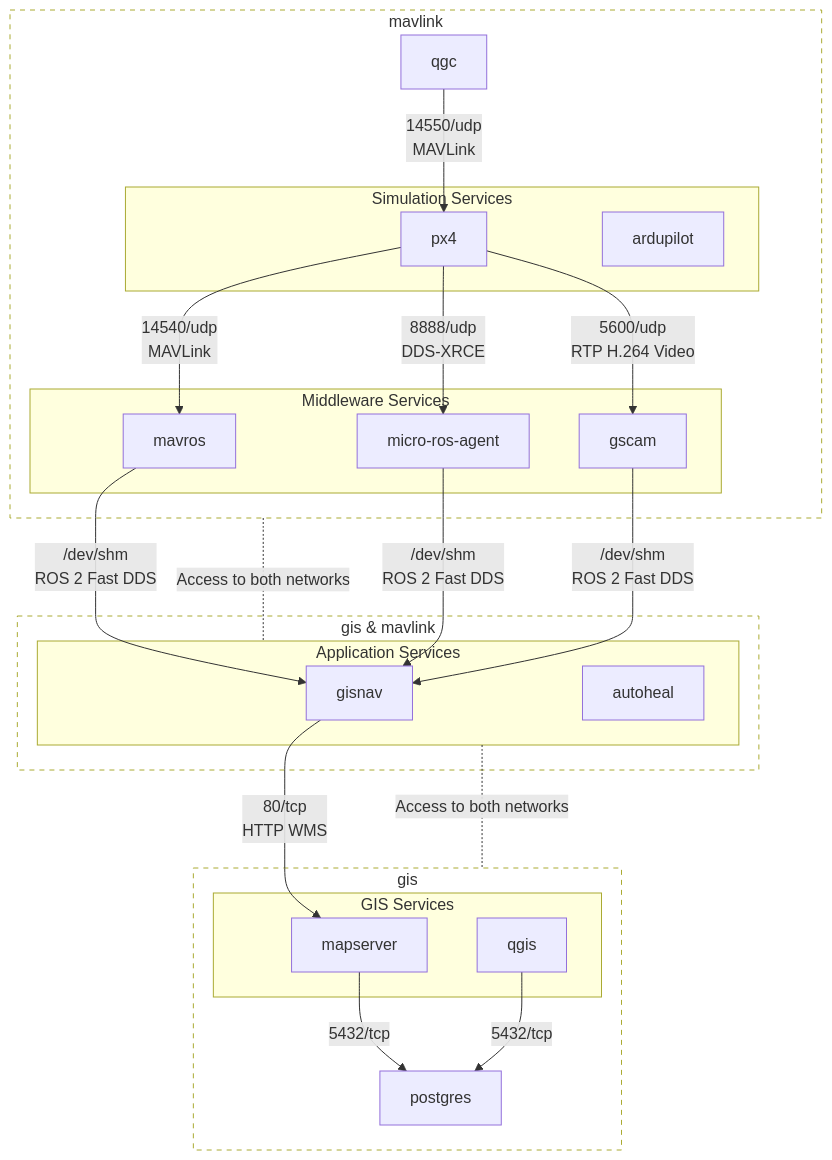
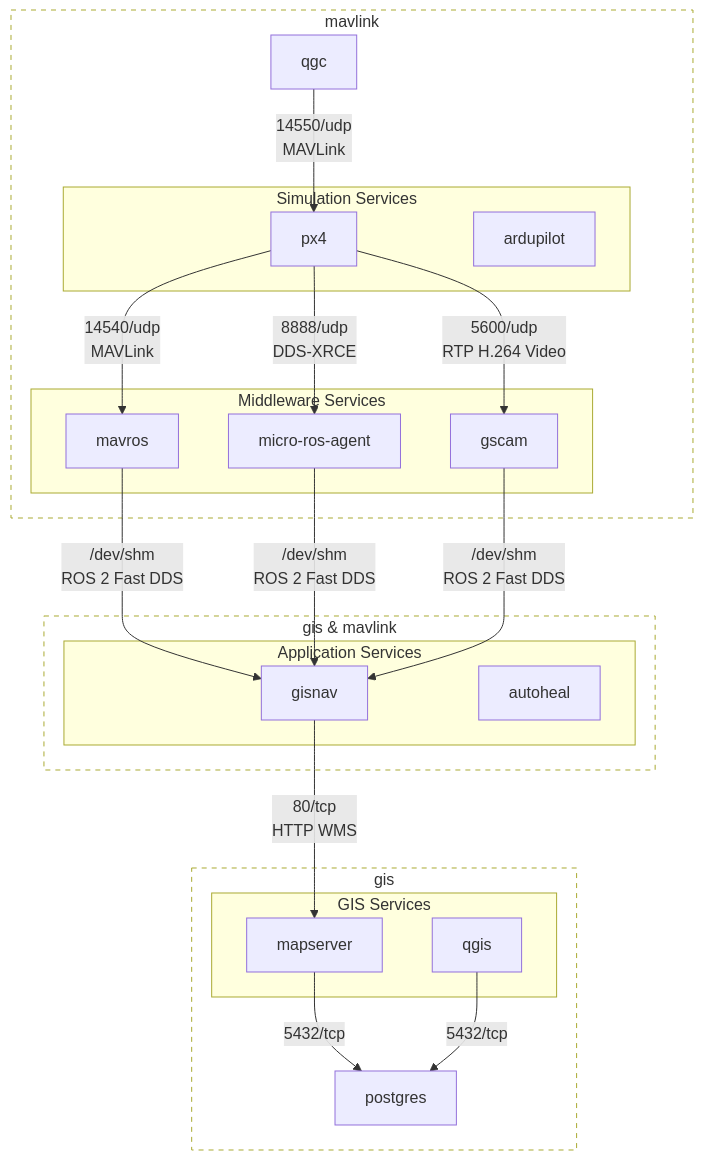
One commit to hmakelin/gisnav changed the diagram in docs/pages/developer_guide/offboard/docker_compose.rst. Above: the diagram before and after it, drawn with Mermaid. The commit also changed other lines of this file, not shown here.

Commit message:
Update network diagram

```diff
--- a/docs/pages/developer_guide/offboard/docker_compose.rst
+++ b/docs/pages/developer_guide/offboard/docker_compose.rst
@@ -45,48 +42,45 @@
 .. mermaid::
 
     graph TD
         subgraph mavlink ["mavlink"]
             mavlink_qgc[qgc]
             subgraph simulation ["Simulation Services"]
                 simulation_px4[px4]
                 simulation_ardupilot[ardupilot]
             end
             subgraph middleware ["Middleware Services"]
                 middleware_mavros[mavros]
                 middleware_micro_ros_agent[micro-ros-agent]
                 middleware_gscam[gscam]
             end
         end
 
         subgraph gis_mavlink ["gis & mavlink"]
             subgraph application ["Application Services"]
                 application_gisnav[gisnav]
                 application_autoheal[autoheal]
             end
         end
 
         subgraph gis ["gis"]
             subgraph gis_services ["GIS Services"]
                 gis_mapserver[mapserver]
                 gis_qgis[qgis]
             end
             gis_postgres[postgres]
         end
 
         mavlink_qgc -->|14550/udp\nMAVLink| simulation_px4
         simulation_px4 -->|14540/udp\nMAVLink| middleware_mavros
         simulation_px4 -->|8888/udp\nDDS-XRCE | middleware_micro_ros_agent
         simulation_px4 -->|5600/udp\nRTP H.264 Video| middleware_gscam
         middleware_mavros -->|/dev/shm\nROS 2 Fast DDS| application_gisnav
         middleware_micro_ros_agent -->|/dev/shm\nROS 2 Fast DDS| application_gisnav
         middleware_gscam -->|/dev/shm\nROS 2 Fast DDS| application_gisnav
 
         application_gisnav -->|80/tcp\nHTTP WMS| gis_mapserver
         gis_mapserver -->|5432/tcp| gis_postgres
         gis_qgis -->|5432/tcp| gis_postgres
 
-        application -.-|Access to both networks| gis
-        mavlink -.-|Access to both networks| application
-
         classDef network fill:transparent,stroke-dasharray:5 5;
         class mavlink,gis,gis_mavlink network
```
